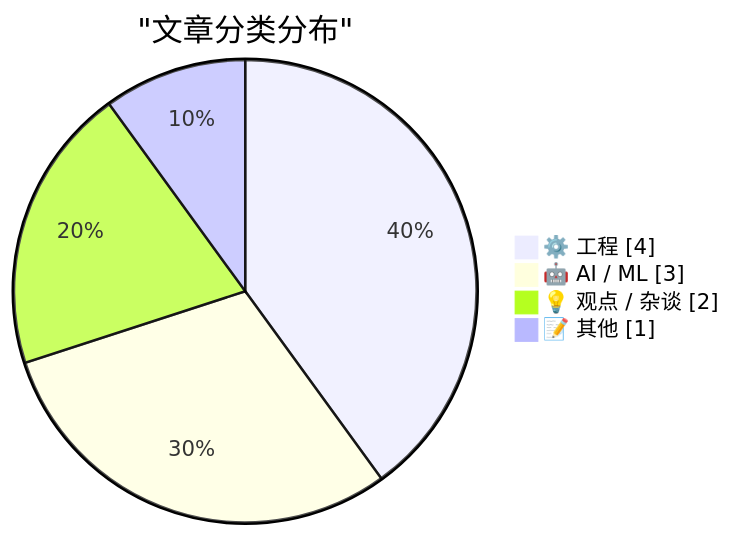
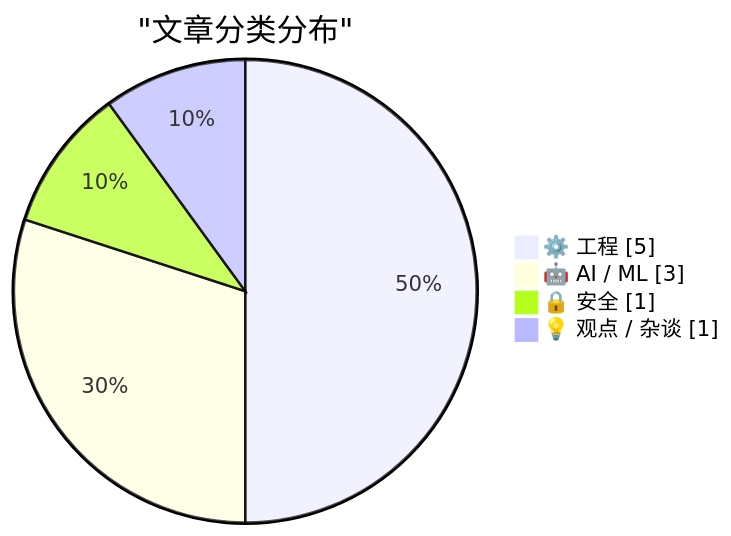
One commit to originem0/SZBlog changed the first of 2 diagrams in content/ai-daily/2026-03-27.md. Above: the diagram before and after it, drawn with Mermaid. The commit also changed other lines of this file, not shown here.

````diff
--- a/content/ai-daily/2026-03-27.md
+++ b/content/ai-daily/2026-03-27.md
@@ -56,8 +56,8 @@
 ```mermaid
 pie showData
     title "文章分类分布"
-    "⚙️ 工程" : 4
+    "⚙️ 工程" : 5
     "🤖 AI / ML" : 3
-    "💡 观点 / 杂谈" : 2
-    "📝 其他" : 1
+    "🔒 安全" : 1
+    "💡 观点 / 杂谈" : 1
 ```
````
